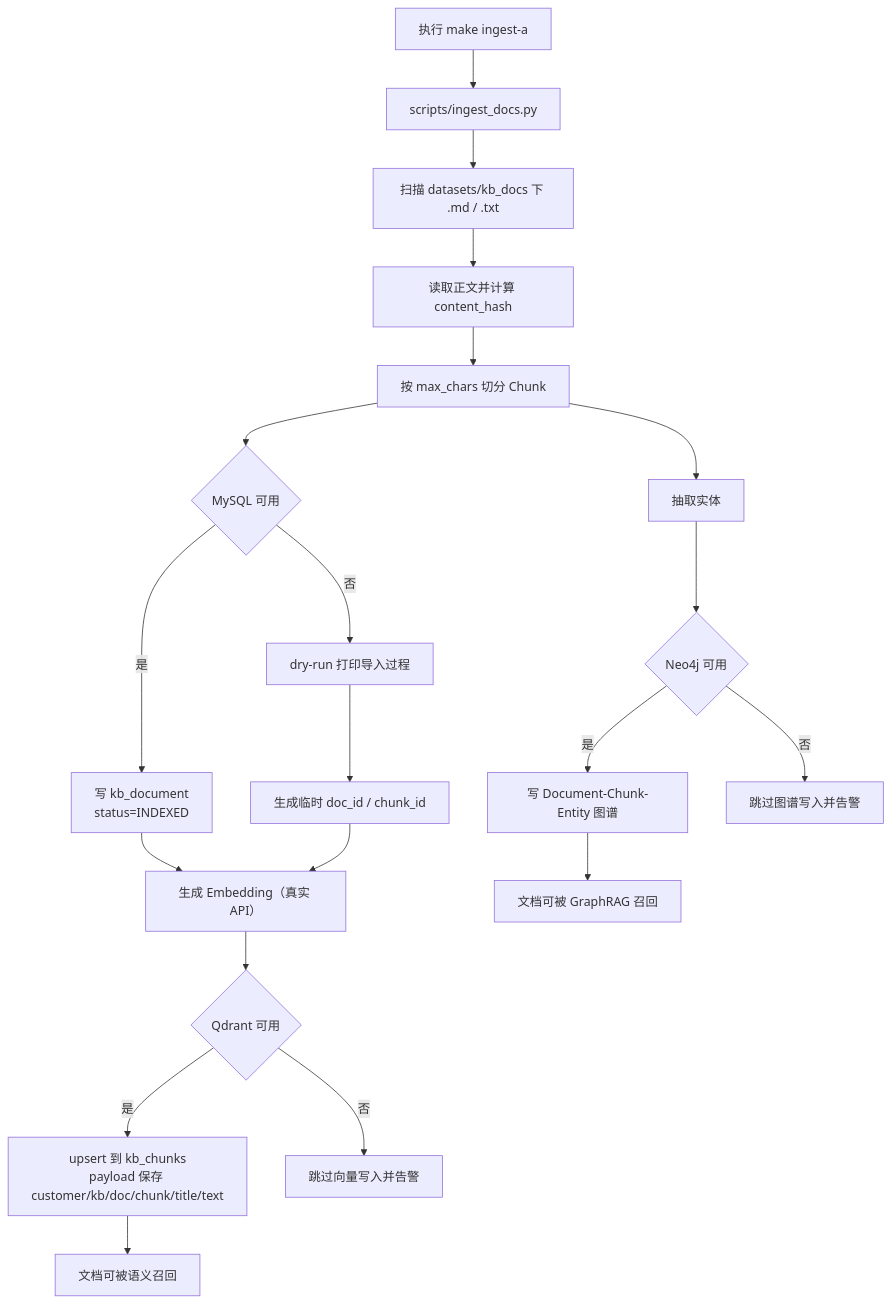
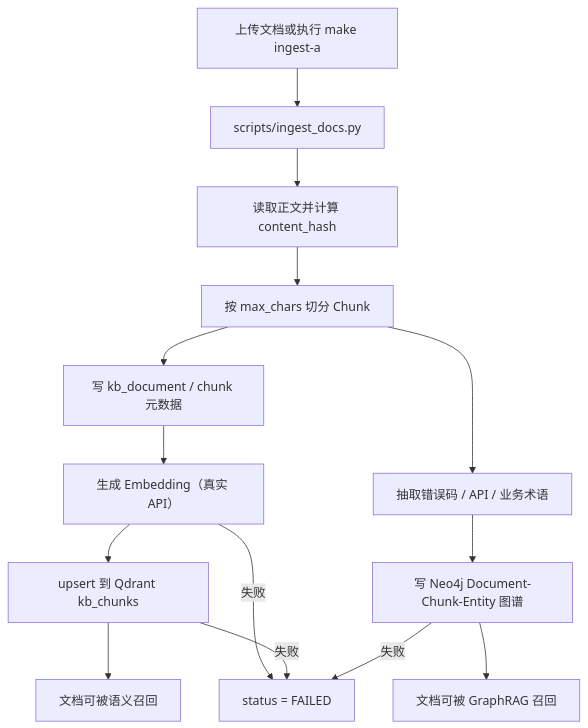
One commit to CarlosYonng/ai-agent-portfolio changed the third of 6 diagrams in docs/KB_OPERATION_FLOW.md. Above: the diagram before and after it, drawn with Mermaid. The commit also changed other lines of this file and 9 other files, not shown here.

````diff
--- a/docs/KB_OPERATION_FLOW.md
+++ b/docs/KB_OPERATION_FLOW.md
@@ -68,22 +70,16 @@
 ```mermaid
 flowchart TD
-    A["执行 make ingest-a"] --> B["scripts/ingest_docs.py"]
-    B --> C["扫描 datasets/kb_docs 下 .md / .txt"]
-    C --> D["读取正文并计算 content_hash"]
-    D --> E["按 max_chars 切分 Chunk"]
-    E --> F{MySQL 可用}
-    F -->|是| G["写 kb_document<br/>status=INDEXED"]
-    F -->|否| H["dry-run 打印导入过程"]
-    H --> J["生成临时 doc_id / chunk_id"]
-    G --> K["生成 Embedding（真实 API）"]
-    J --> K
-    K --> L{Qdrant 可用}
-    L -->|是| M["upsert 到 kb_chunks<br/>payload 保存 customer/kb/doc/chunk/title/text"]
-    L -->|否| N["跳过向量写入并告警"]
-    E --> O["抽取实体"]
-    O --> P{Neo4j 可用}
-    P -->|是| Q["写 Document-Chunk-Entity 图谱"]
-    P -->|否| R["跳过图谱写入并告警"]
-    M --> S["文档可被语义召回"]
-    Q --> T["文档可被 GraphRAG 召回"]
+    A["上传文档或执行 make ingest-a"] --> B["scripts/ingest_docs.py"]
+    B --> C["读取正文并计算 content_hash"]
+    C --> D["按 max_chars 切分 Chunk"]
+    D --> E["写 kb_document / chunk 元数据"]
+    E --> F["生成 Embedding（真实 API）"]
+    F --> G["upsert 到 Qdrant kb_chunks"]
+    D --> H["抽取错误码 / API / 业务术语"]
+    H --> I["写 Neo4j Document-Chunk-Entity 图谱"]
+    G --> J["文档可被语义召回"]
+    I --> K["文档可被 GraphRAG 召回"]
+    F -->|失败| X["status = FAILED"]
+    G -->|失败| X
+    I -->|失败| X
 ```
````
